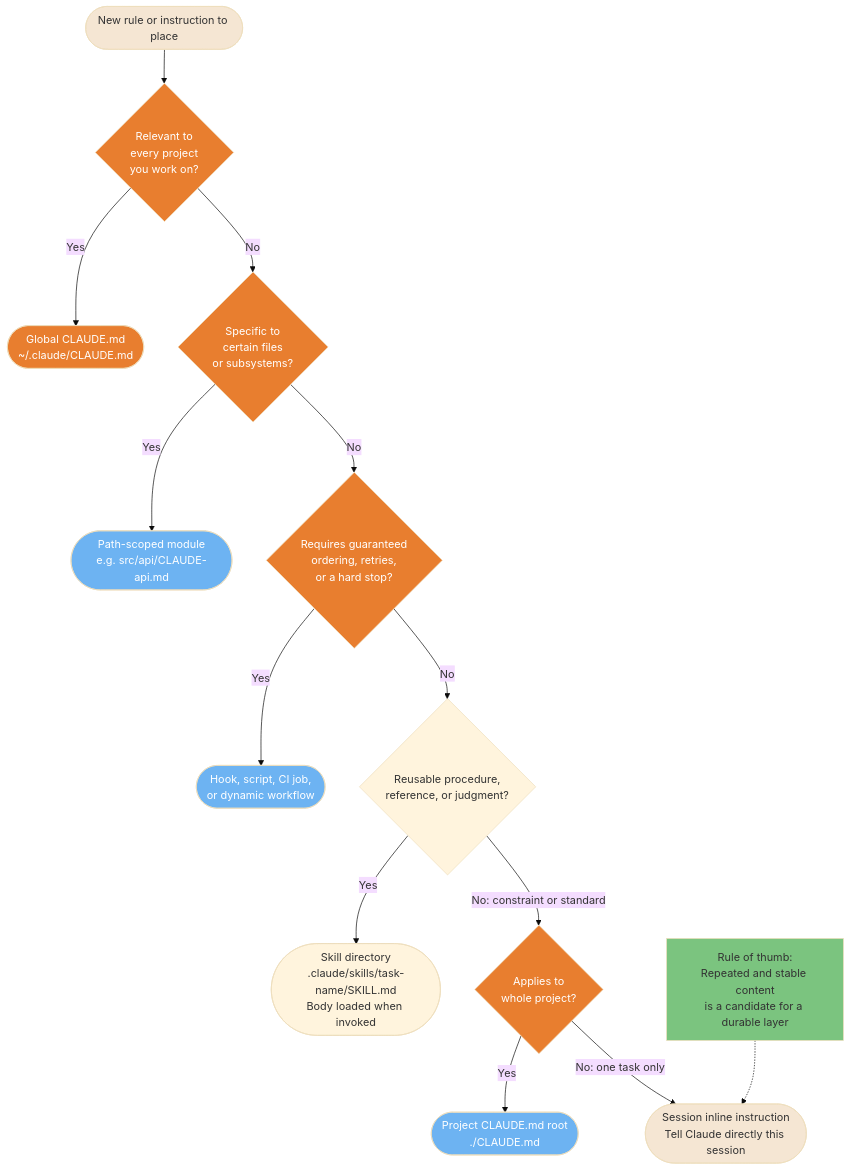
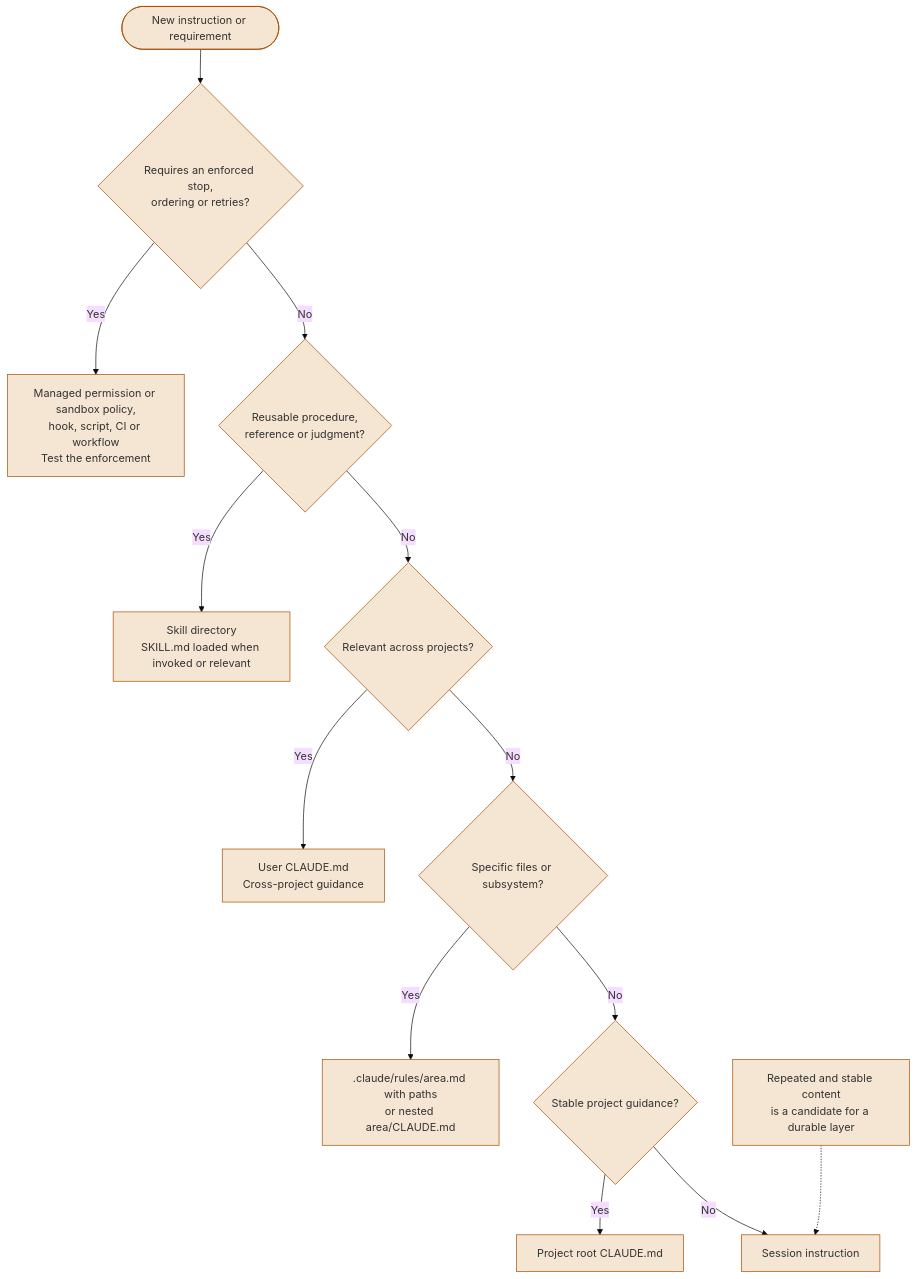
One commit to FlorianBruniaux/claude-code-ultimate-guide changed the fourth of 4 diagrams in guide/diagrams/11-context-engineering.md. Above: the diagram before and after it, drawn with Mermaid (base theme). The commit also changed other lines of this file and 17 other files, not shown here.

Commit message:
docs: refresh all diagrams and correct their source guidance

````diff
--- a/guide/diagrams/11-context-engineering.md
+++ b/guide/diagrams/11-context-engineering.md
@@ -222,42 +175,31 @@
 ```mermaid
 flowchart TD
-    A([New rule or instruction to place]) --> B{Relevant to\nevery project\nyou work on?}
-    B -->|Yes| C([Global CLAUDE.md<br/>~/.claude/CLAUDE.md])
+    A([New instruction or requirement]) --> B{Requires an enforced stop,<br/>ordering or retries?}
+    B -->|Yes| C[Managed permission or sandbox policy,<br/>hook, script, CI or workflow<br/>Test the enforcement]
+    B -->|No| D{Reusable procedure,<br/>reference or judgment?}
+    D -->|Yes| E[Skill directory<br/>SKILL.md loaded when invoked or relevant]
+    D -->|No| F{Relevant across projects?}
+    F -->|Yes| G[User CLAUDE.md<br/>Cross-project guidance]
+    F -->|No| H{Specific files or subsystem?}
+    H -->|Yes| I[.claude/rules/area.md with paths<br/>or nested area/CLAUDE.md]
+    H -->|No| J{Stable project guidance?}
+    J -->|Yes| K[Project root CLAUDE.md]
+    J -->|No| L[Session instruction]
+    M[Repeated and stable content<br/>is a candidate for a durable layer] -.-> L
 
-    B -->|No| D{Specific to\ncertain files\nor subsystems?}
-    D -->|Yes| E([Path-scoped module<br/>e.g. src/api/CLAUDE-api.md])
-
-    D -->|No| F{Requires guaranteed<br/>ordering, retries,<br/>or a hard stop?}
-    F -->|Yes| G([Hook, script, CI job,<br/>or dynamic workflow])
-    F -->|No| K{Reusable procedure,<br/>reference, or judgment?}
-    K -->|Yes| L([Skill directory<br/>.claude/skills/task-name/SKILL.md<br/>Body loaded when invoked])
-    K -->|No: constraint or standard| H{Applies to<br/>whole project?}
-    H -->|Yes| I([Project CLAUDE.md root<br/>./CLAUDE.md])
-    H -->|No: one task only| J([Session inline instruction<br/>Tell Claude directly this session])
-
-    RULE["Rule of thumb:<br/>Repeated and stable content<br/>is a candidate for a durable layer"] -.-> J
-
-    style A fill:#F5E6D3,color:#333
-    style B fill:#E87E2F,color:#fff
-    style D fill:#E87E2F,color:#fff
-    style F fill:#E87E2F,color:#fff
-    style H fill:#E87E2F,color:#fff
-    style C fill:#E87E2F,color:#fff
-    style E fill:#6DB3F2,color:#fff
-    style G fill:#6DB3F2,color:#fff
-    style I fill:#6DB3F2,color:#fff
-    style J fill:#F5E6D3,color:#333
-    style RULE fill:#7BC47F,color:#333
-
-    click A href "https://github.com/FlorianBruniaux/claude-code-ultimate-guide/blob/main/guide/core/context-engineering.md#3-configuration-hierarchy" "New rule to place"
-    click B href "https://github.com/FlorianBruniaux/claude-code-ultimate-guide/blob/main/guide/core/context-engineering.md#3-configuration-hierarchy" "Relevant to every project?"
-    click C href "https://github.com/FlorianBruniaux/claude-code-ultimate-guide/blob/main/guide/ultimate-guide.md#31-memory-files-claudemd" "Global CLAUDE.md"
-    click D href "https://github.com/FlorianBruniaux/claude-code-ultimate-guide/blob/main/guide/core/context-engineering.md#4-modular-architecture" "Specific to certain files?"
-    click E href "https://github.com/FlorianBruniaux/claude-code-ultimate-guide/blob/main/guide/core/context-engineering.md#4-modular-architecture" "Path-scoped module"
-    click F href "https://github.com/FlorianBruniaux/claude-code-ultimate-guide/blob/main/guide/core/context-engineering.md#4-modular-architecture" "Procedural workflow?"
-    click G href "https://github.com/FlorianBruniaux/claude-code-ultimate-guide/blob/main/guide/ultimate-guide.md#51-understanding-skills" "Skill file"
-    click H href "https://github.com/FlorianBruniaux/claude-code-ultimate-guide/blob/main/guide/core/context-engineering.md#3-configuration-hierarchy" "Whole project?"
-    click I href "https://github.com/FlorianBruniaux/claude-code-ultimate-guide/blob/main/guide/ultimate-guide.md#31-memory-files-claudemd" "Project CLAUDE.md root"
-    click J href "https://github.com/FlorianBruniaux/claude-code-ultimate-guide/blob/main/guide/core/context-engineering.md#3-configuration-hierarchy" "Session inline"
-    click RULE href "https://github.com/FlorianBruniaux/claude-code-ultimate-guide/blob/main/guide/core/context-engineering.md#3-configuration-hierarchy" "Rule of thumb"
+    classDef diagramNode fill:#F5E6D3,color:#333,stroke:#A64B00
+    class A,B,C,D,E,F,G,H,I,J,K,L,M diagramNode
+    click A href "https://github.com/FlorianBruniaux/claude-code-ultimate-guide/blob/main/guide/core/context-engineering.md#3-configuration-hierarchy" "View in guide"
+    click B href "https://github.com/FlorianBruniaux/claude-code-ultimate-guide/blob/main/guide/core/context-engineering.md#3-configuration-hierarchy" "View in guide"
+    click C href "https://github.com/FlorianBruniaux/claude-code-ultimate-guide/blob/main/guide/ultimate-guide.md#72-creating-hooks" "View in guide"
+    click D href "https://github.com/FlorianBruniaux/claude-code-ultimate-guide/blob/main/guide/core/context-engineering.md#3-configuration-hierarchy" "View in guide"
+    click E href "https://github.com/FlorianBruniaux/claude-code-ultimate-guide/blob/main/guide/ultimate-guide.md#51-understanding-skills" "View in guide"
+    click F href "https://github.com/FlorianBruniaux/claude-code-ultimate-guide/blob/main/guide/core/context-engineering.md#3-configuration-hierarchy" "View in guide"
+    click G href "https://github.com/FlorianBruniaux/claude-code-ultimate-guide/blob/main/guide/ultimate-guide.md#31-memory-files-claudemd" "View in guide"
+    click H href "https://github.com/FlorianBruniaux/claude-code-ultimate-guide/blob/main/guide/core/context-engineering.md#3-configuration-hierarchy" "View in guide"
+    click I href "https://github.com/FlorianBruniaux/claude-code-ultimate-guide/blob/main/guide/core/context-engineering.md#4-modular-architecture" "View in guide"
+    click J href "https://github.com/FlorianBruniaux/claude-code-ultimate-guide/blob/main/guide/core/context-engineering.md#3-configuration-hierarchy" "View in guide"
+    click K href "https://github.com/FlorianBruniaux/claude-code-ultimate-guide/blob/main/guide/ultimate-guide.md#31-memory-files-claudemd" "View in guide"
+    click L href "https://github.com/FlorianBruniaux/claude-code-ultimate-guide/blob/main/guide/core/context-engineering.md#3-configuration-hierarchy" "View in guide"
+    click M href "https://github.com/FlorianBruniaux/claude-code-ultimate-guide/blob/main/guide/core/context-engineering.md#3-configuration-hierarchy" "View in guide"
 ```
````
